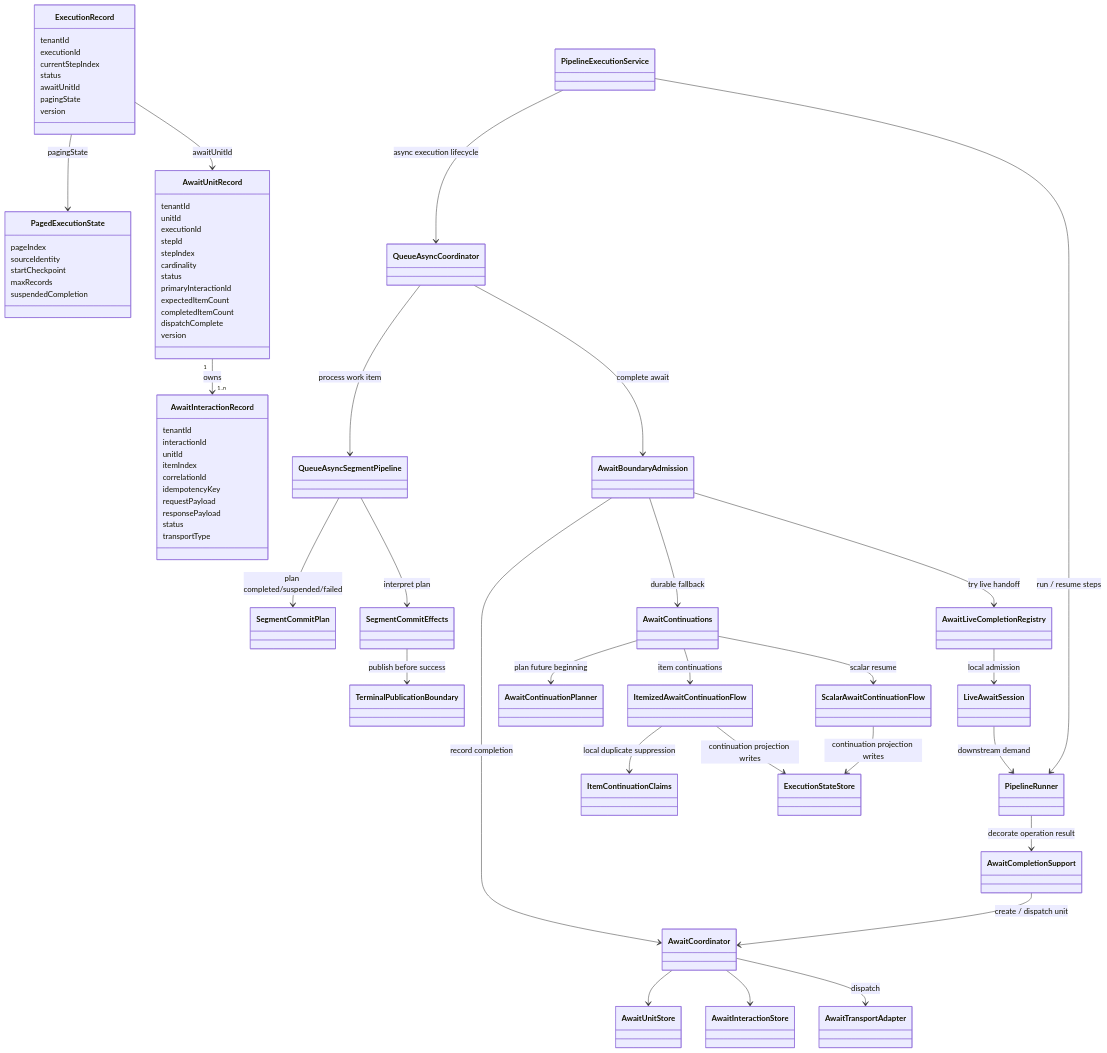
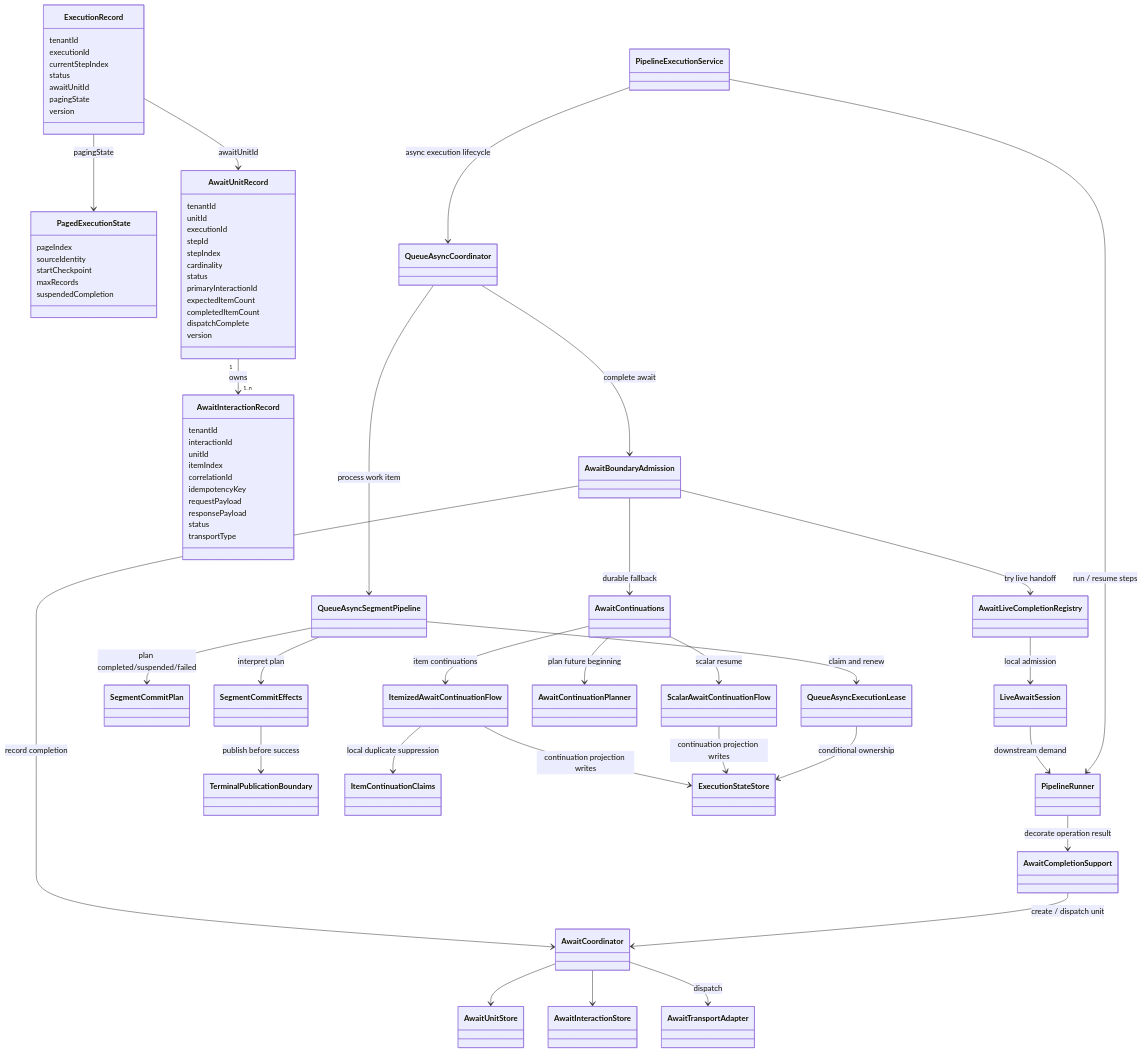
Before and after one commit to The-Pipeline-Framework/pipelineframework: the first of 2 diagrams in docs/evolve/await-unit-runtime/index.md, drawn with Mermaid. The commit also changed 2 other files, not shown here.

Commit message:
docs: show queue execution lease ownership and diagnostics

```diff
--- a/docs/evolve/await-unit-runtime/index.md
+++ b/docs/evolve/await-unit-runtime/index.md
@@ -108,6 +108,7 @@
     class PipelineRunner
     class QueueAsyncCoordinator
     class QueueAsyncSegmentPipeline
+    class QueueAsyncExecutionLease
     class SegmentCommitPlan
     class SegmentCommitEffects
     class TerminalPublicationBoundary
@@ -134,6 +135,8 @@
     AwaitCompletionSupport --> AwaitCoordinator : create / dispatch unit
     PipelineExecutionService --> QueueAsyncCoordinator : async execution lifecycle
     QueueAsyncCoordinator --> QueueAsyncSegmentPipeline : process work item
+    QueueAsyncSegmentPipeline --> QueueAsyncExecutionLease : claim and renew
+    QueueAsyncExecutionLease --> ExecutionStateStore : conditional ownership
     QueueAsyncSegmentPipeline --> SegmentCommitPlan : plan completed/suspended/failed
     QueueAsyncSegmentPipeline --> SegmentCommitEffects : interpret plan
     SegmentCommitEffects --> TerminalPublicationBoundary : publish before success
```
